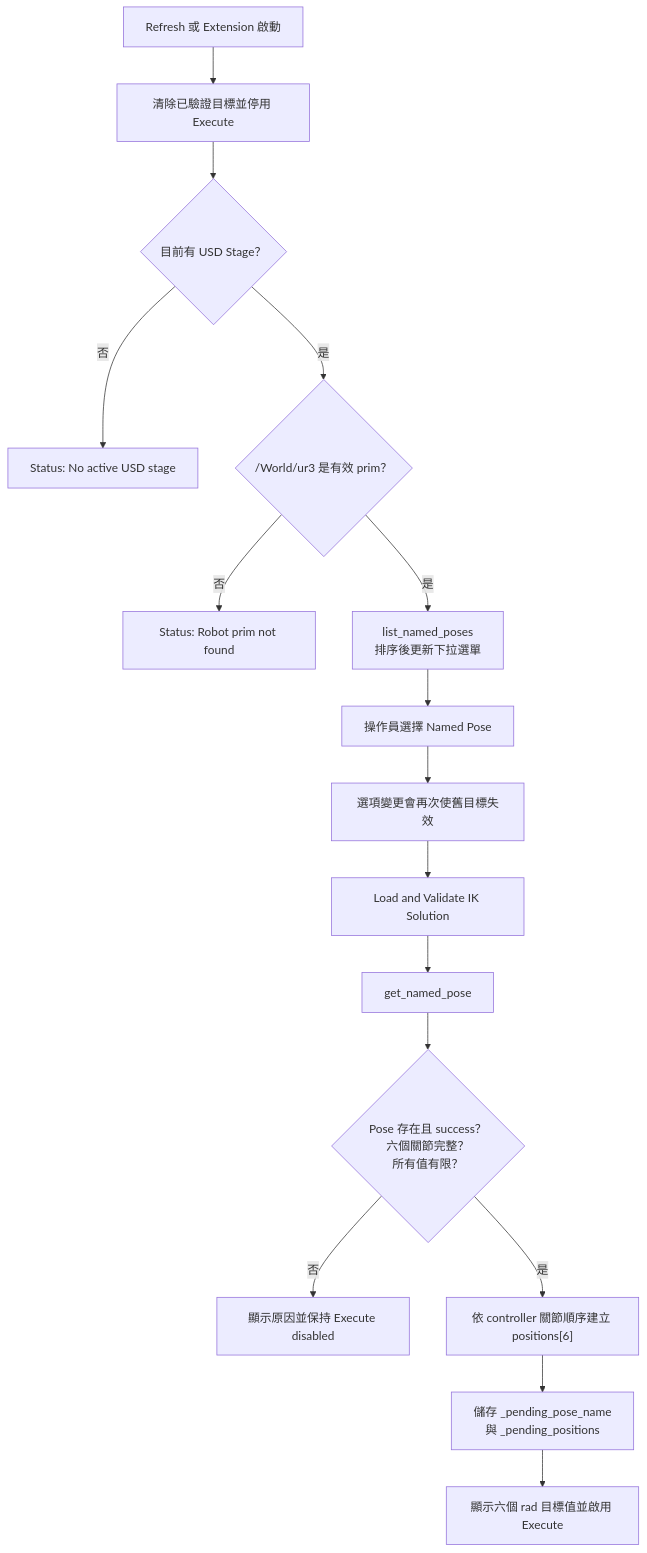
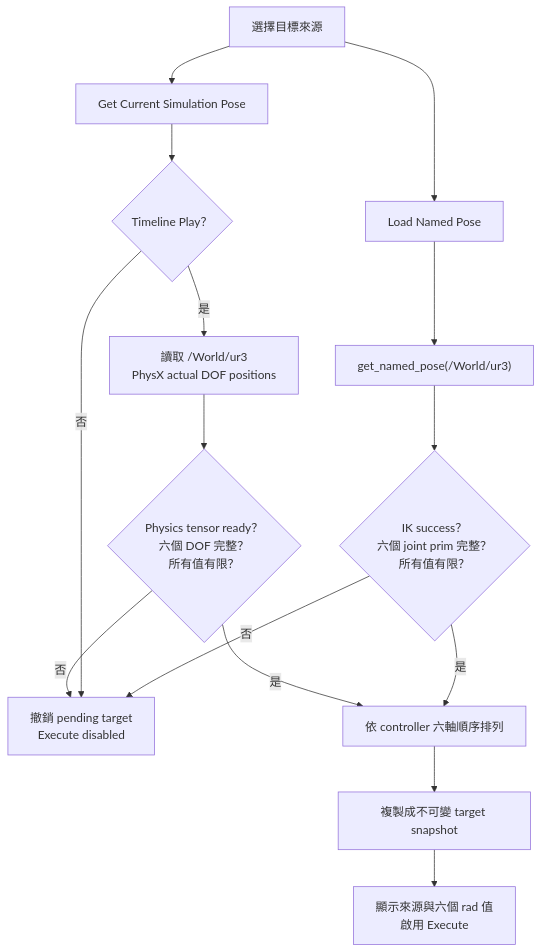
Before and after one commit to WeiChanHo/omni-isaac-ur3-sync: the third of 5 diagrams in README.md, drawn with Mermaid. The commit also changed other lines of this file and 4 other files, not shown here.

Commit message:
feat: add current simulation pose capture

````diff
--- a/README.md
+++ b/README.md
@@ -151,18 +165,20 @@
 ```mermaid
 flowchart TD
-    Refresh["Refresh 或 Extension 啟動"] --> Invalidate["清除已驗證目標並停用 Execute"]
-    Invalidate --> HasStage{"目前有 USD Stage？"}
-    HasStage -- 否 --> StageError["Status: No active USD stage"]
-    HasStage -- 是 --> HasPrim{"/World/ur3 是有效 prim？"}
-    HasPrim -- 否 --> PrimError["Status: Robot prim not found"]
-    HasPrim -- 是 --> List["list_named_poses<br/>排序後更新下拉選單"]
-    List --> Select["操作員選擇 Named Pose"]
-    Select --> InvalidateAgain["選項變更會再次使舊目標失效"]
-    InvalidateAgain --> Load["Load and Validate IK Solution"]
-    Load --> Pose["get_named_pose"]
-    Pose --> Checks{"Pose 存在且 success？<br/>六個關節完整？<br/>所有值有限？"}
-    Checks -- 否 --> Reject["顯示原因並保持 Execute disabled"]
-    Checks -- 是 --> Normalize["依 controller 關節順序建立 positions[6]"]
-    Normalize --> Pending["儲存 _pending_pose_name<br/>與 _pending_positions"]
-    Pending --> Review["顯示六個 rad 目標值並啟用 Execute"]
+    Start["選擇目標來源"] --> Named["Load Named Pose"]
+    Start --> Current["Get Current Simulation Pose"]
+
+    Named --> Pose["get_named_pose(/World/ur3)"]
+    Pose --> PoseChecks{"IK success？<br/>六個 joint prim 完整？<br/>所有值有限？"}
+
+    Current --> Timeline{"Timeline Play？"}
+    Timeline -- 是 --> Physics["讀取 /World/ur3<br/>PhysX actual DOF positions"]
+    Physics --> CurrentChecks{"Physics tensor ready？<br/>六個 DOF 完整？<br/>所有值有限？"}
+
+    PoseChecks -- 否 --> Reject["撤銷 pending target<br/>Execute disabled"]
+    Timeline -- 否 --> Reject
+    CurrentChecks -- 否 --> Reject
+    PoseChecks -- 是 --> Normalize["依 controller 六軸順序排列"]
+    CurrentChecks -- 是 --> Normalize
+    Normalize --> Snapshot["複製成不可變 target snapshot"]
+    Snapshot --> Review["顯示來源與六個 rad 值<br/>啟用 Execute"]
 ```
````
